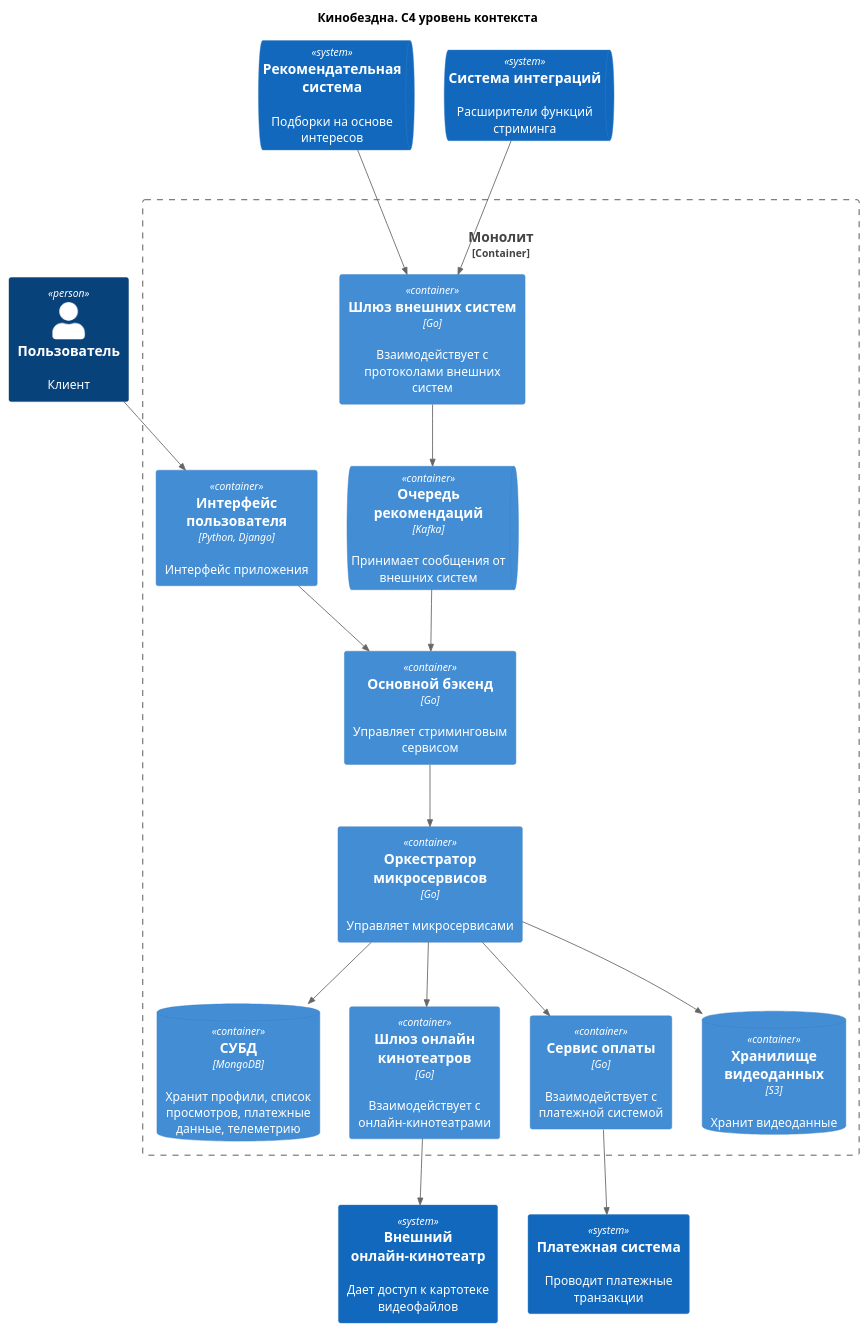
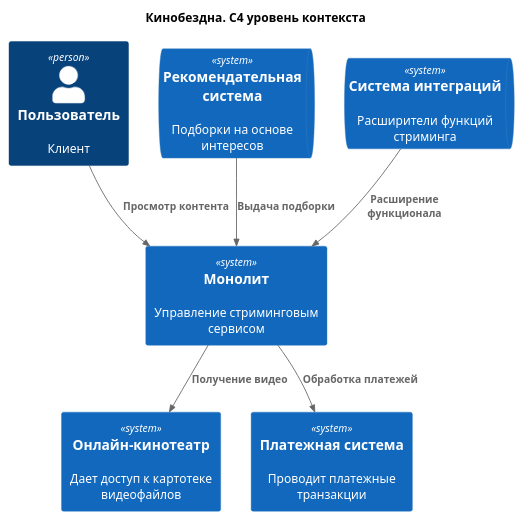
The diagram in 1_task/c4_context.puml (realjungleman/architecture-cinemaabyss), drawn with PlantUML before and after one commit. The commit also changed 4 other files, not shown here.

```diff
--- a/1_task/c4_context.puml
+++ b/1_task/c4_context.puml
@@ -1,40 +1,21 @@
 @startuml
 title Кинобездна. С4 уровень контекста
 
 top to bottom direction
 
 !includeurl https://raw.githubusercontent.com/RicardoNiepel/C4-PlantUML/master/C4_Component.puml
 
 Person(user, "Пользователь", "Клиент")
 
-Container_Boundary(MainSystem, "Монолит", "Управление стриминговым сервисом"){
-    Container(Orchestrator, "Оркестратор микросервисов", "Go", "Управляет микросервисами")
-    ContainerDb(Database, "СУБД", "MongoDB", "Хранит профили, список просмотров, платежные данные, телеметрию")
-    ContainerQueue(RecommendationSystemQueue, "Очередь рекомендаций", "Kafka", "Принимает сообщения от внешних систем")
-    Container(ExternalGate, "Шлюз внешних систем", "Go", "Взаимодействует с протоколами внешних систем")
-    Container(OnlineCinemaGate, "Шлюз онлайн кинотеатров", "Go", "Взаимодействует с онлайн-кинотеатрами")
-    Container(MainSystemBack, "Основной бэкенд", "Go", "Управляет стриминговым сервисом")
-    Container(App, "Интерфейс пользователя", "Python, Django", "Интерфейс приложения")
-    Container(PaymentSystemGate, "Сервис оплаты", "Go", "Взаимодействует с платежной системой")
-    ContainerDb(S3, "Хранилище видеоданных", "S3", "Хранит видеоданные")
-}
+System(MainSystem, "Монолит", "Управление стриминговым сервисом")
 SystemQueue(RecommendationSystem, "Рекомендательная система", "Подборки на основе интересов")
 SystemQueue(ExternalSystem, "Система интеграций", "Расширители функций стриминга")
-System(OnlineCinema, "Внешний онлайн-кинотеатр", "Дает доступ к картотеке видеофайлов")
+System(OnlineCinema, "Онлайн-кинотеатр", "Дает доступ к картотеке видеофайлов")
 System(PaymentSystem, "Платежная система", "Проводит платежные транзакции")
 
-Rel(user, App, "")
-Rel(App, MainSystemBack, "")
-Rel(MainSystemBack, Orchestrator, "")
-Rel(Orchestrator, Database, "")
-Rel(Orchestrator, OnlineCinemaGate, "")
-Rel(Orchestrator, PaymentSystemGate, "")
-Rel(Orchestrator, S3, "")
-
-Rel(ExternalGate, RecommendationSystemQueue, "")
-Rel(RecommendationSystemQueue, MainSystemBack, "")
-Rel(RecommendationSystem, ExternalGate, "")
-Rel(ExternalSystem, ExternalGate, "")
-Rel(OnlineCinemaGate, OnlineCinema, "")
-Rel(PaymentSystemGate, PaymentSystem, "")
+Rel(user, MainSystem, "Просмотр контента")
+Rel(RecommendationSystem, MainSystem, "Выдача подборки")
+Rel(ExternalSystem, MainSystem, "Расширение функционала")
+Rel(MainSystem, OnlineCinema, "Получение видео")
+Rel(MainSystem, PaymentSystem, "Обработка платежей")
 @enduml
```
